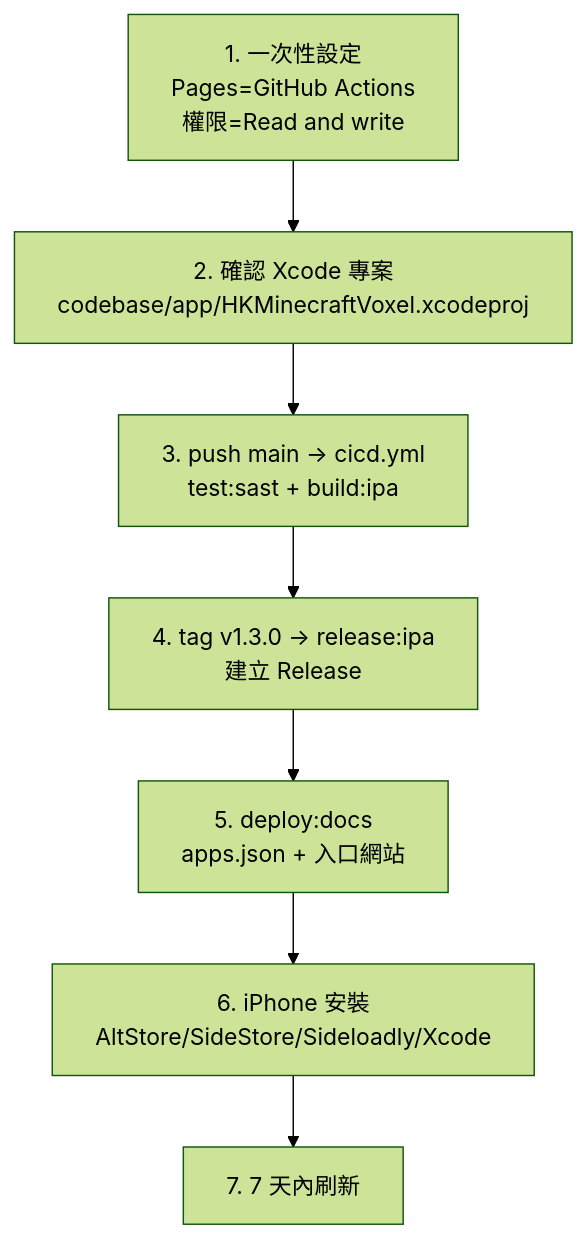
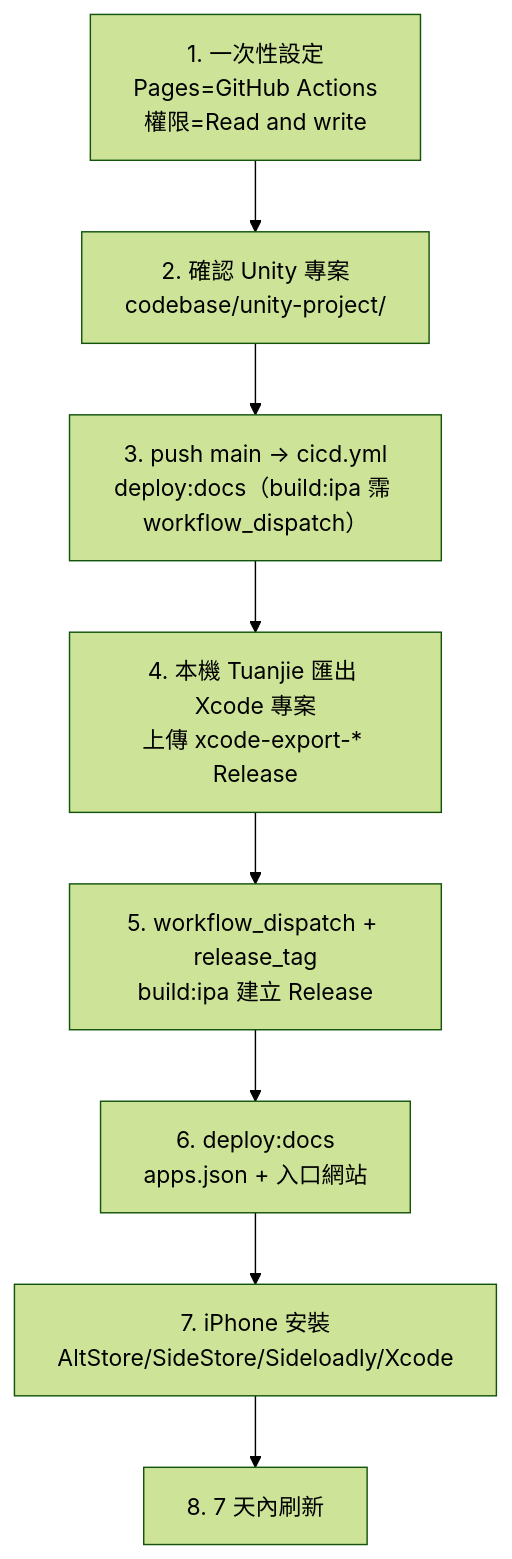
One commit to Mcc-Mak/ios-app changed the diagram in docbase/quick-start.md. Above: the diagram before and after it, drawn with Mermaid (forest theme). The commit also changed other lines of this file and 37 other files, not shown here.

````diff
--- a/docbase/quick-start.md
+++ b/docbase/quick-start.md
@@ -5,9 +5,10 @@
 ```mermaid
 flowchart TD
-  A["1. 一次性設定<br/>Pages=GitHub Actions<br/>權限=Read and write"] --> B["2. 確認 Xcode 專案<br/>codebase/app/HKMinecraftVoxel.xcodeproj"]
-  B --> C["3. push main → cicd.yml<br/>test:sast + build:ipa"]
-  C --> D["4. tag v1.3.0 → release:ipa<br/>建立 Release"]
-  D --> E["5. deploy:docs<br/>apps.json + 入口網站"]
-  E --> F["6. iPhone 安裝<br/>AltStore/SideStore/Sideloadly/Xcode"]
-  F --> G["7. 7 天內刷新"]
+  A["1. 一次性設定<br/>Pages=GitHub Actions<br/>權限=Read and write"] --> B["2. 確認 Unity 專案<br/>codebase/unity-project/"]
+  B --> C["3. push main → cicd.yml<br/>deploy:docs（build:ipa 霈 workflow_dispatch）"]
+  C --> D["4. 本機 Tuanjie 匯出 Xcode 專案<br/>上傳 xcode-export-* Release"]
+  D --> E["5. workflow_dispatch + release_tag<br/>build:ipa 建立 Release"]
+  E --> F["6. deploy:docs<br/>apps.json + 入口網站"]
+  F --> G["7. iPhone 安裝<br/>AltStore/SideStore/Sideloadly/Xcode"]
+  G --> H["8. 7 天內刷新"]
 ```
````
